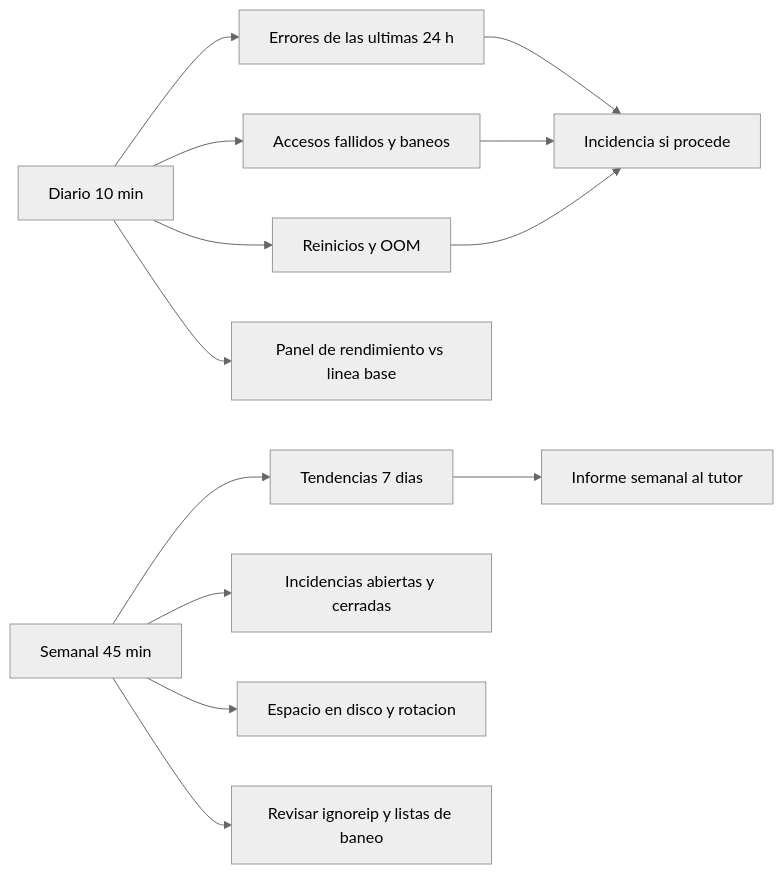
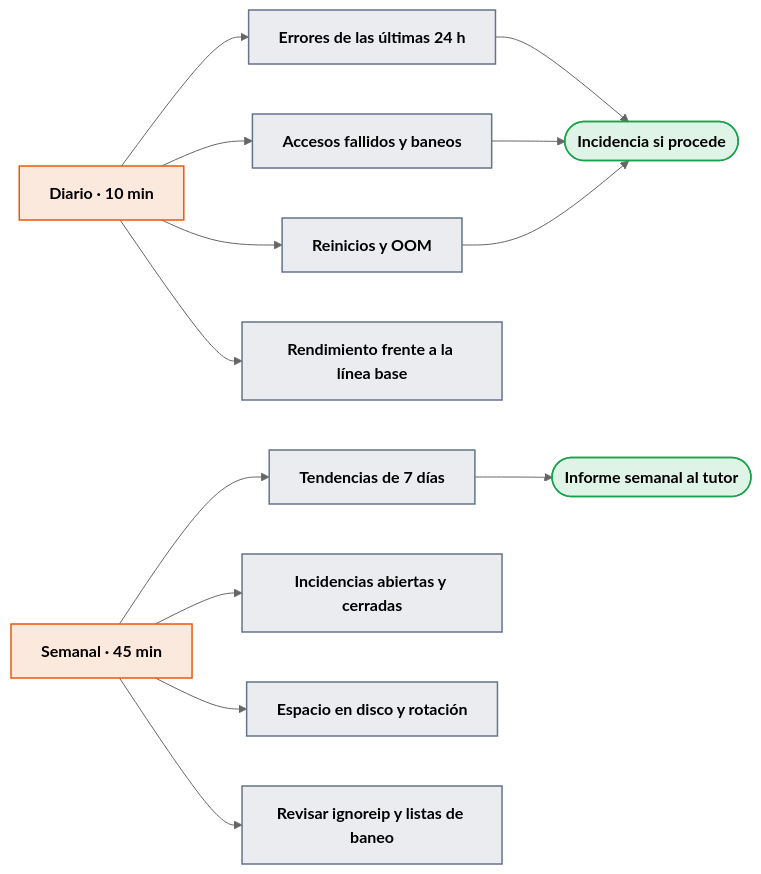
One commit to victor-educ/apuntes-5169 changed the first of 3 diagrams in docs/ut/ut5-logs-accesos-rendimiento.md. Above: the diagram before and after it, drawn with Mermaid (neutral theme). The commit also changed other lines of this file and 13 other files, not shown here.

First line of the commit message:
Temporalización definitiva, gramática visual y diagramas en todas las unidades

````diff
--- a/docs/ut/ut5-logs-accesos-rendimiento.md
+++ b/docs/ut/ut5-logs-accesos-rendimiento.md
@@ -56,15 +56,27 @@
 ```mermaid
 flowchart LR
-    D[Diario 10 min] --> D1[Errores de las ultimas 24 h]
-    D --> D2[Accesos fallidos y baneos]
-    D --> D3[Reinicios y OOM]
-    D --> D4[Panel de rendimiento vs linea base]
-    S[Semanal 45 min] --> S1[Tendencias 7 dias]
-    S --> S2[Incidencias abiertas y cerradas]
-    S --> S3[Espacio en disco y rotacion]
-    S --> S4[Revisar ignoreip y listas de baneo]
-    D1 --> I[Incidencia si procede]
+    D["<b>Diario · 10 min</b>"]:::act
+    D1["<b>Errores de las últimas 24 h</b>"]:::pieza
+    D2["<b>Accesos fallidos y baneos</b>"]:::pieza
+    D3["<b>Reinicios y OOM</b>"]:::pieza
+    D4["<b>Rendimiento frente a la línea base</b>"]:::pieza
+    S["<b>Semanal · 45 min</b>"]:::act
+    S1["<b>Tendencias de 7 días</b>"]:::pieza
+    S2["<b>Incidencias abiertas y cerradas</b>"]:::pieza
+    S3["<b>Espacio en disco y rotación</b>"]:::pieza
+    S4["<b>Revisar ignoreip y listas de baneo</b>"]:::pieza
+    I(["<b>Incidencia si procede</b>"]):::ok
+    R(["<b>Informe semanal al tutor</b>"]):::ok
+    D --> D1 & D2 & D3 & D4
+    S --> S1 & S2 & S3 & S4
+    D1 --> I
     D2 --> I
     D3 --> I
-    S1 --> R[Informe semanal al tutor]
+    S1 --> R
+    classDef act fill:#ea580c22,stroke:#ea580c,stroke-width:1.5px
+    classDef pieza fill:#64748b22,stroke:#64748b,stroke-width:1.5px
+    classDef dato fill:#2563eb22,stroke:#2563eb,stroke-width:1.5px
+    classDef infra fill:#a1a1aa14,stroke:#a1a1aa,stroke-width:1.5px
+    classDef ok fill:#16a34a22,stroke:#16a34a,stroke-width:1.5px
+    classDef riesgo fill:#dc262622,stroke:#dc2626,stroke-width:1.5px
 ```
````
